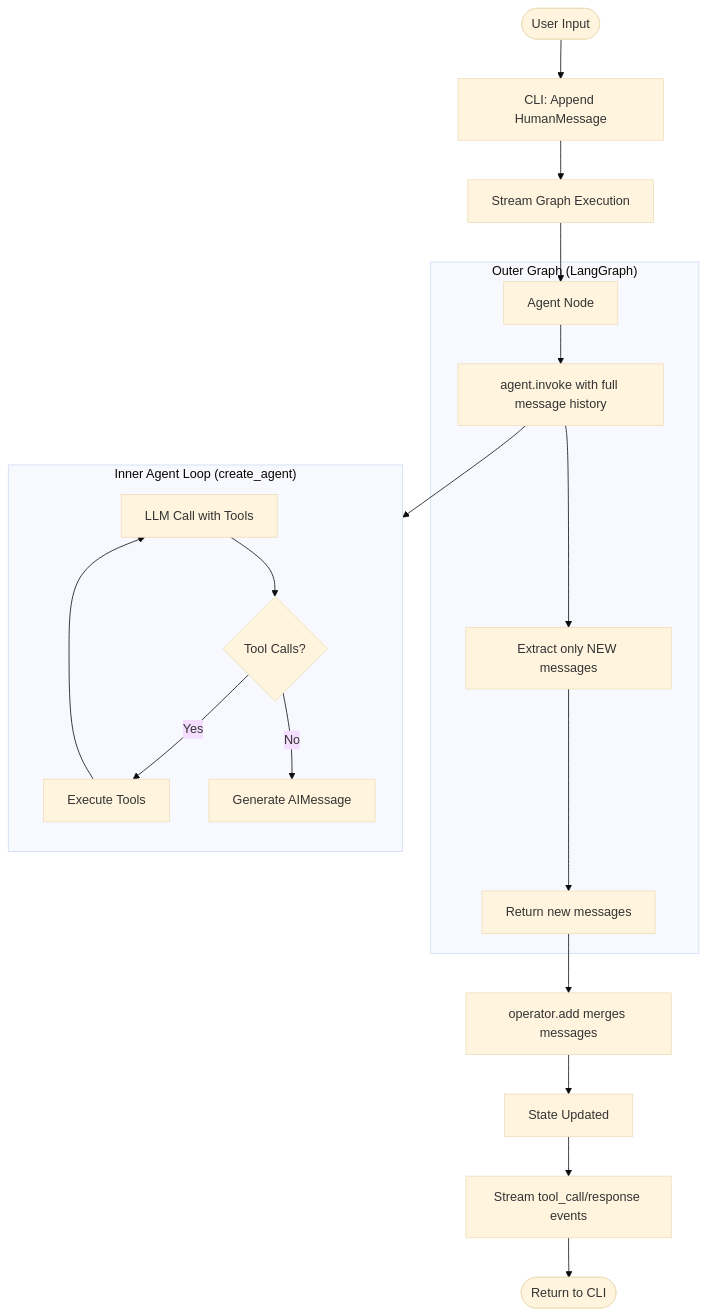
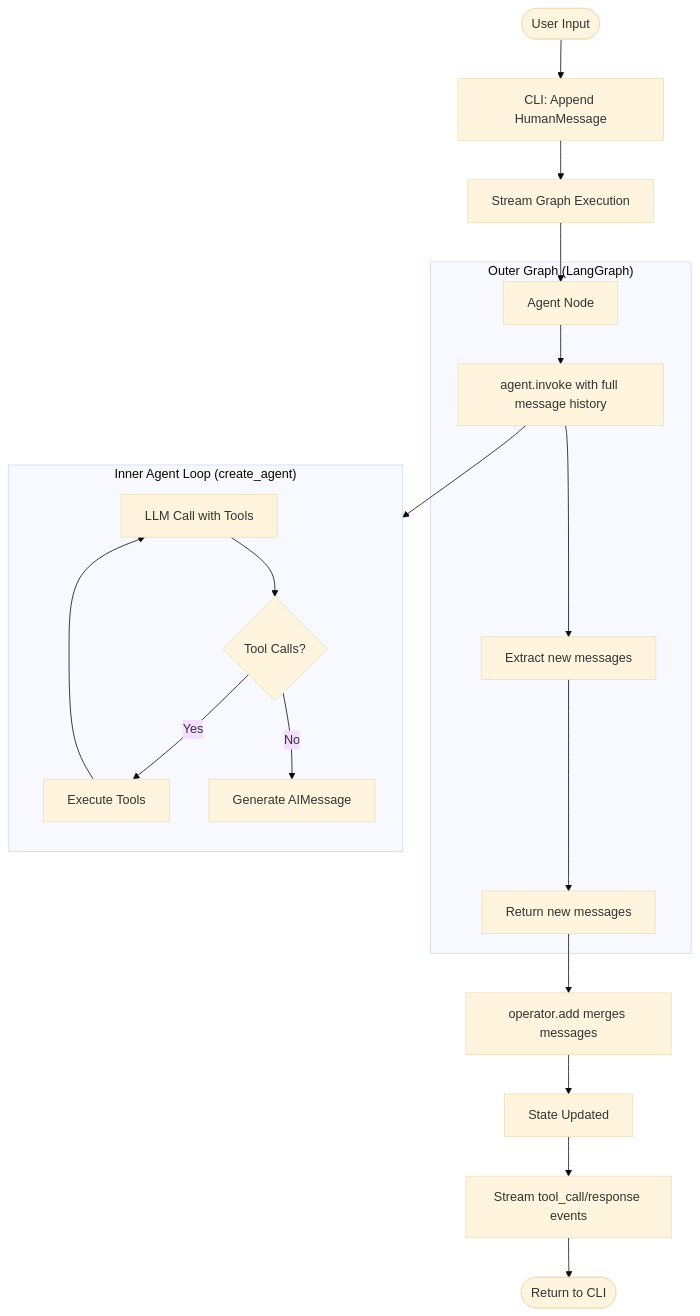
Before and after one commit to zen-was-here/focused_test: the diagram in README.md, drawn with Mermaid (base theme).

````diff
--- a/README.md
+++ b/README.md
@@ -115,26 +115,26 @@
 ```mermaid
 graph TB
     Start([User Input]) --> CLI[CLI: Append HumanMessage]
     CLI --> Stream[Stream Graph Execution]
     Stream --> AgentNode[Agent Node]
 
     subgraph "Outer Graph (LangGraph)"
         AgentNode --> InvokeAgent[agent.invoke with full message history]
-        InvokeAgent --> ExtractNew[Extract only NEW messages]
+        InvokeAgent --> ExtractNew[Extract new messages]
         ExtractNew --> Return[Return new messages]
     end
 
     subgraph "Inner Agent Loop (create_agent)"
         direction TB
         InvokeAgent --> LLM[LLM Call with Tools]
         LLM --> HasTools{Tool Calls?}
         HasTools -->|Yes| ExecTools[Execute Tools]
         ExecTools --> LLM
         HasTools -->|No| FinalMsg[Generate AIMessage]
     end
 
     Return --> Merge[operator.add merges messages]
     Merge --> UpdateState[State Updated]
     UpdateState --> StreamEvents[Stream tool_call/response events]
     StreamEvents --> End([Return to CLI])
 ```
````
